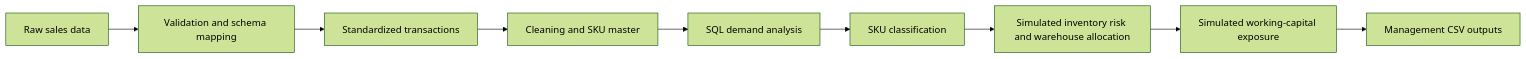
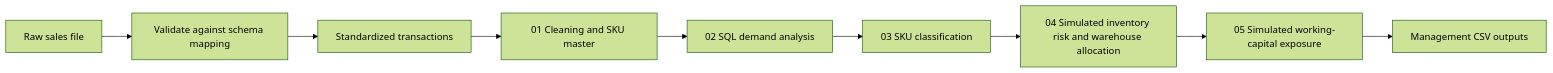
The diagram in README.md (SakanaLR/ecommerce-inventory-warehouse-allocation), drawn with Mermaid (forest theme) before and after one commit. The commit also changed other lines of this file and 163 other files, not shown here.

First line of the commit message:
feat: unify retail analytics pipeline and validate inventory model

````diff
--- a/README.md
+++ b/README.md
@@ -38,11 +35,11 @@
 ```mermaid
 flowchart LR
-    A[Raw sales data] --> B[Validation and schema mapping]
+    A[Raw sales file] --> B[Validate against schema mapping]
     B --> C[Standardized transactions]
-    C --> D[Cleaning and SKU master]
-    D --> E[SQL demand analysis]
-    E --> F[SKU classification]
-    F --> G[Simulated inventory risk and warehouse allocation]
-    G --> H[Simulated working-capital exposure]
+    C --> D[01 Cleaning and SKU master]
+    D --> E[02 SQL demand analysis]
+    E --> F[03 SKU classification]
+    F --> G[04 Simulated inventory risk and warehouse allocation]
+    G --> H[05 Simulated working-capital exposure]
     H --> I[Management CSV outputs]
 ```
````
